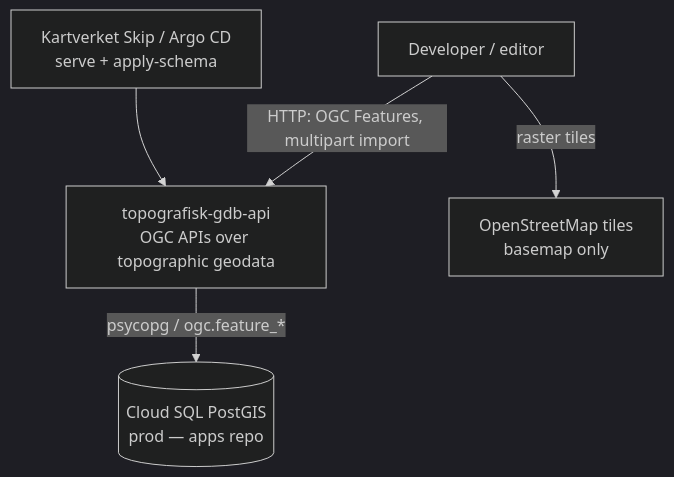
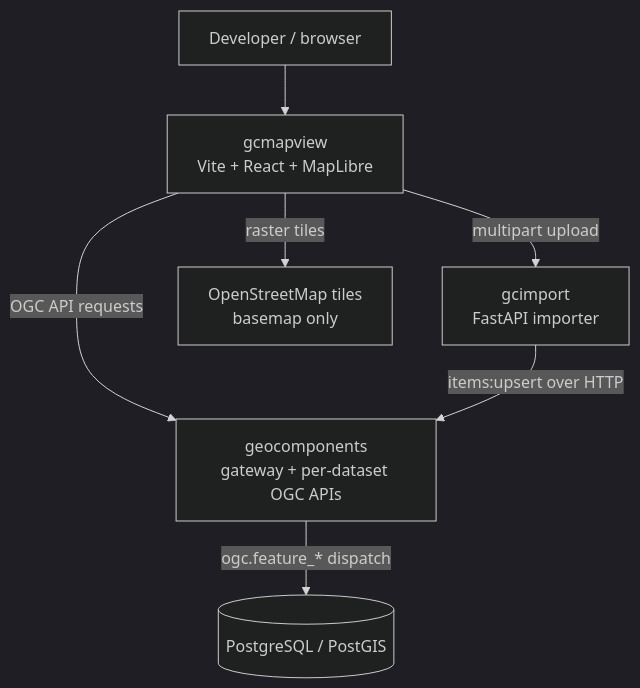
One commit to kartverket/topografisk-gdb-api changed the first of 8 diagrams in docs/ARCHITECTURE.md. Above: the diagram before and after it, drawn with Mermaid (dark theme). The commit also changed other lines of this file and 38 other files, not shown here.

````diff
--- a/docs/ARCHITECTURE.md
+++ b/docs/ARCHITECTURE.md
@@ -11,13 +13,16 @@
 ```mermaid
 flowchart TB
-  User["Developer / editor"]
-  System["topografisk-gdb-api<br/>OGC APIs over topographic geodata"]
-  OSM["OpenStreetMap tiles<br/>basemap only"] 
-  CloudSQL[("Cloud SQL PostGIS<br/>prod — apps repo")]
-  Skip["Kartverket Skip / Argo CD<br/>serve + apply-schema"]
+  User["Developer / browser"]
+  FE["gcmapview<br/>Vite + React + MapLibre"]
+  IMP["gcimport<br/>FastAPI importer"]
+  API["geocomponents<br/>gateway + per-dataset OGC APIs"]
+  DB[("PostgreSQL / PostGIS")]
+  OSM["OpenStreetMap tiles<br/>basemap only"]
 
-  User -->|"HTTP: OGC Features, multipart import"| System
-  User -->|raster tiles| OSM
-  System -->|psycopg / ogc.feature_*| CloudSQL
-  Skip --> System
+  User --> FE
+  FE -->|multipart upload| IMP
+  FE -->|OGC API requests| API
+  FE -->|raster tiles| OSM
+  IMP -->|items:upsert over HTTP| API
+  API -->|ogc.feature_* dispatch| DB
 ```
````
